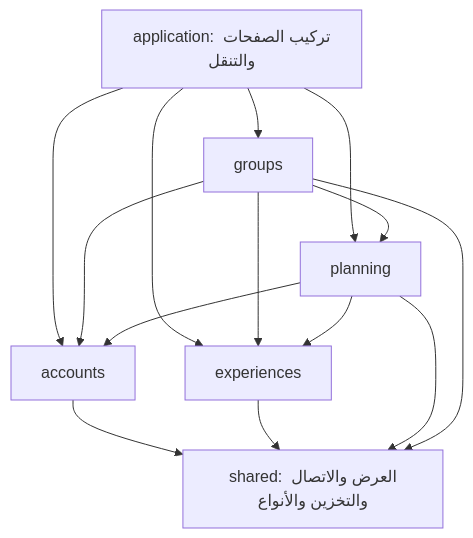
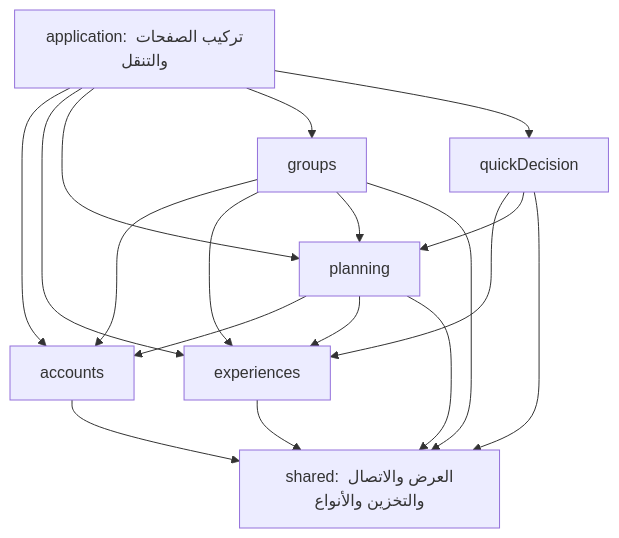
Before and after one commit to shathaaa1110-arch/hatim-app: the second of 2 diagrams in docs/architecture-modules.ar.md, drawn with Mermaid. The commit also changed other lines of this file and 45 other files, not shown here.

````diff
--- a/docs/architecture-modules.ar.md
+++ b/docs/architecture-modules.ar.md
@@ -66,16 +71,20 @@
 ```mermaid
 flowchart TD
     App[application: تركيب الصفحات والتنقل] --> A[accounts]
     App --> E[experiences]
     App --> P[planning]
     App --> G[groups]
+    App --> Q[quickDecision]
+    Q --> E
+    Q --> P
+    Q --> S
     G --> A
     G --> E
     G --> P
     P --> A
     P --> E
     A --> S[shared: العرض والاتصال والتخزين والأنواع]
     E --> S
     P --> S
     G --> S
 ```
````
